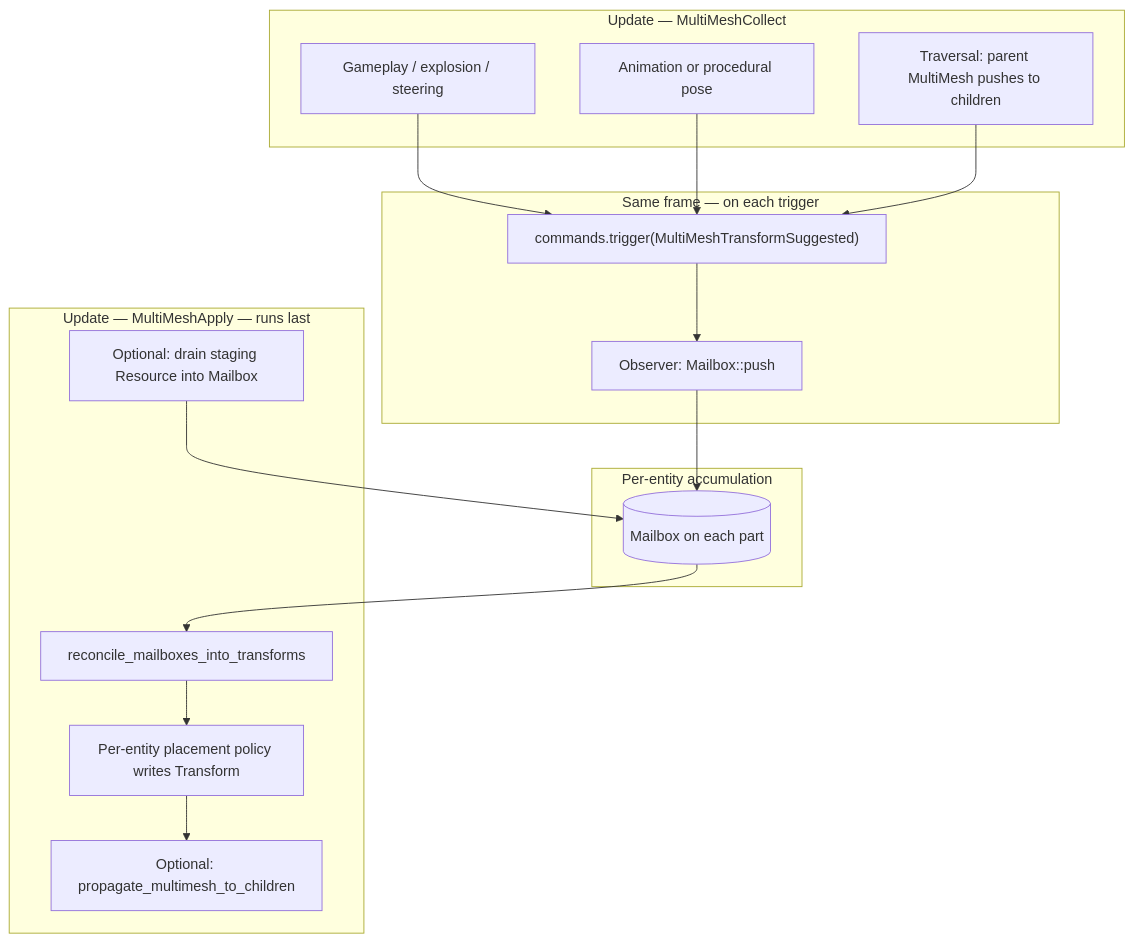
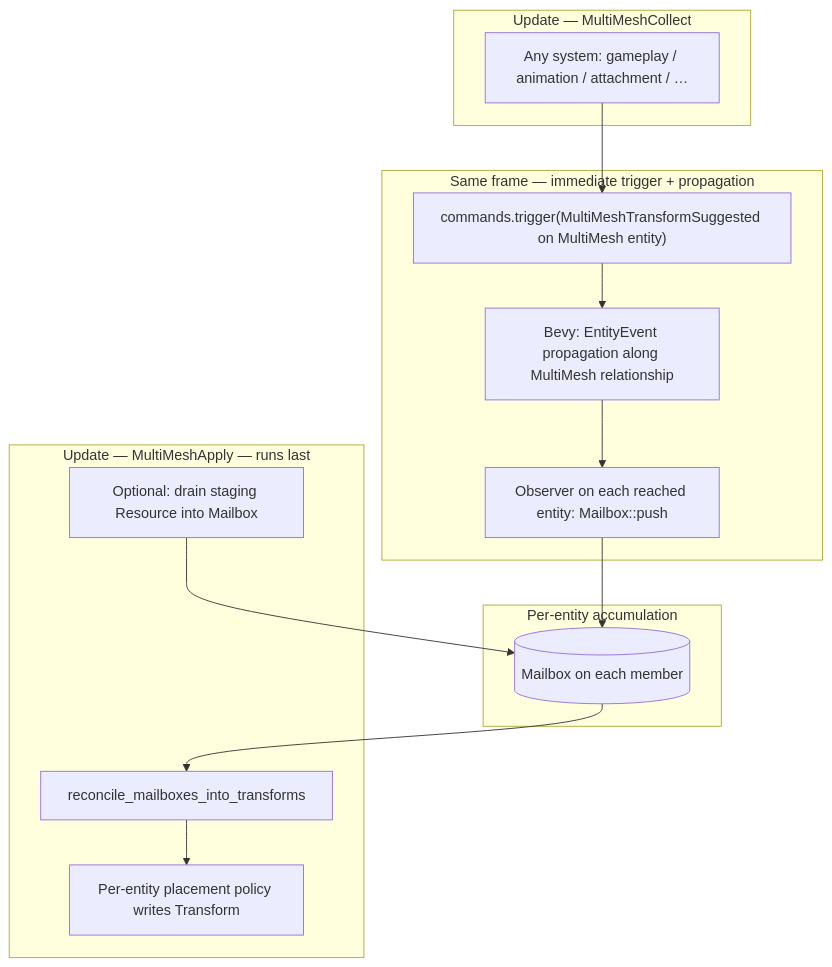
One commit to ramate-io/maybraid changed the first of 2 diagrams in rfc/rfc-000-00n-bevy-multi-mesh/README.md. Above: the diagram before and after it, drawn with Mermaid. The commit also changed other lines of this file, not shown here.

````diff
--- a/rfc/rfc-000-00n-bevy-multi-mesh/README.md
+++ b/rfc/rfc-000-00n-bevy-multi-mesh/README.md
@@ -165,30 +201,26 @@
 ```mermaid
 flowchart TB
     subgraph early [Update — MultiMeshCollect]
-        G[Gameplay / explosion / steering]
-        A[Animation or procedural pose]
-        T0[Traversal: parent MultiMesh pushes to children]
+        G[Any system: gameplay / animation / attachment / …]
     end
-    subgraph immediate [Same frame — on each trigger]
-        TR["commands.trigger(MultiMeshTransformSuggested)"]
-        OB[Observer: Mailbox::push]
+    subgraph immediate [Same frame — immediate trigger + propagation]
+        TR["commands.trigger(MultiMeshTransformSuggested on MultiMesh entity)"]
+        EP[Bevy: EntityEvent propagation along MultiMesh relationship]
+        OB[Observer on each reached entity: Mailbox::push]
     end
     subgraph buffers [Per-entity accumulation]
-        MB[(Mailbox on each part)]
+        MB[(Mailbox on each member)]
     end
     subgraph late [Update — MultiMeshApply — runs last]
         ST[Optional: drain staging Resource into Mailbox]
         RC[reconcile_mailboxes_into_transforms]
         PL[Per-entity placement policy writes Transform]
-        PR[Optional: propagate_multimesh_to_children]
     end
     G --> TR
-    A --> TR
-    T0 --> TR
-    TR --> OB
+    TR --> EP
+    EP --> OB
     OB --> MB
     ST --> MB
     MB --> RC
     RC --> PL
-    PL --> PR
 ```
````
